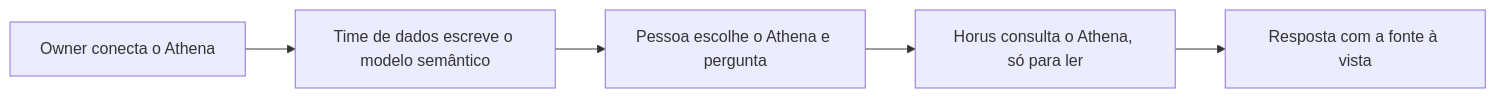
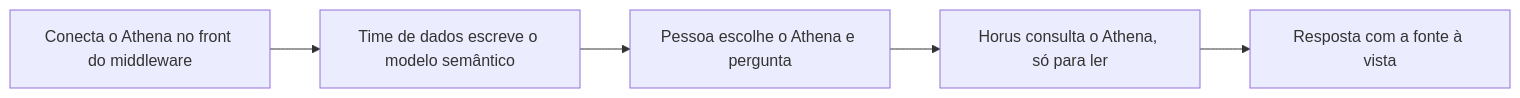
The diagram in docs/leitura/mfs/mf-123-fonte-aws-athena.md (fabioabr/horus-v2-docs), drawn with Mermaid before and after one commit. The commit also changed other lines of this file and 49 other files, not shown here.

````diff
--- a/docs/leitura/mfs/mf-123-fonte-aws-athena.md
+++ b/docs/leitura/mfs/mf-123-fonte-aws-athena.md
@@ -79,7 +85,7 @@
 ```mermaid
 flowchart LR
-  a[Owner conecta o Athena] --> b[Time de dados escreve o modelo semântico]
+  a[Conecta o Athena no front do middleware] --> b[Time de dados escreve o modelo semântico]
   b --> c[Pessoa escolhe o Athena e pergunta]
   c --> d[Horus consulta o Athena, só para ler]
   d --> e[Resposta com a fonte à vista]
 ```
````
